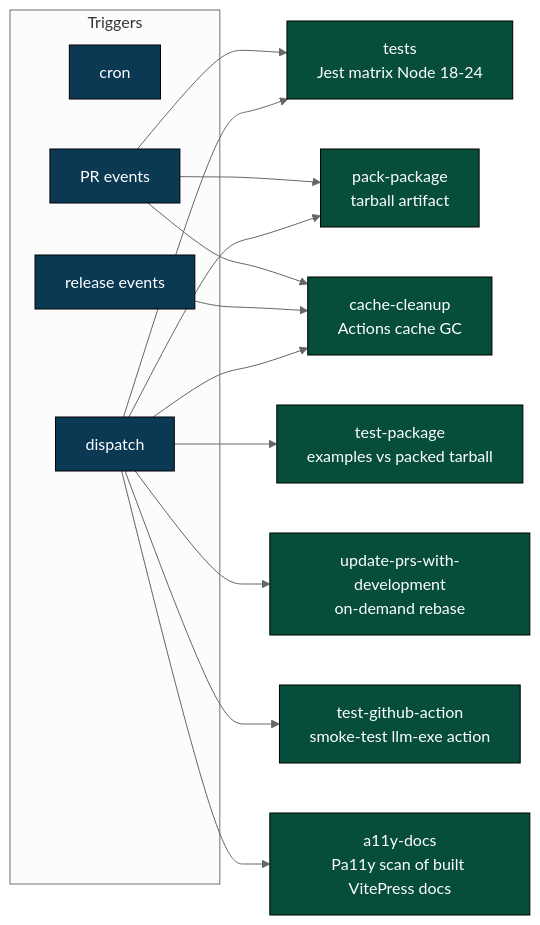
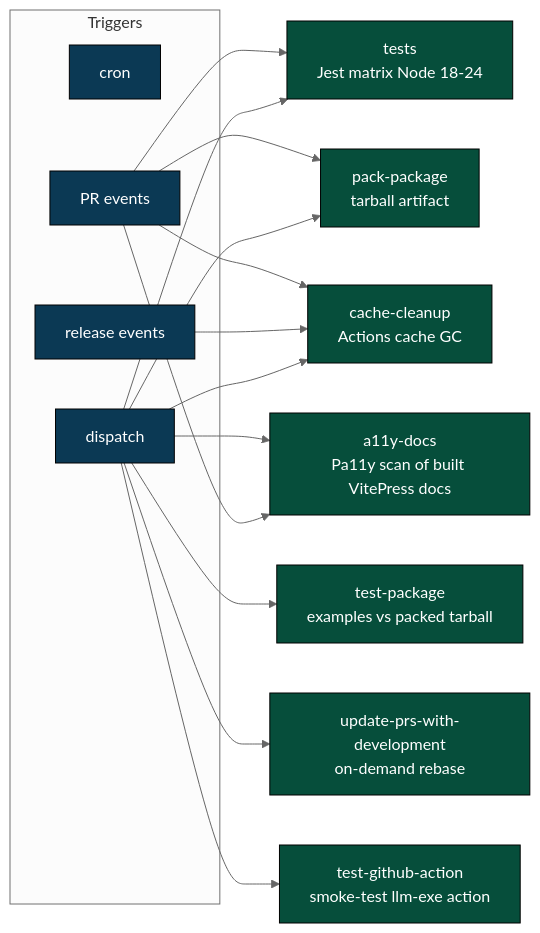
The fourth of 16 diagrams in .github/docs/WORKFLOW_ARCHITECTURE.md (llm-exe/llm-exe), drawn with Mermaid (neutral theme) before and after one commit. The commit also changed other lines of this file and 3 other files, not shown here.

````diff
--- a/.github/docs/WORKFLOW_ARCHITECTURE.md
+++ b/.github/docs/WORKFLOW_ARCHITECTURE.md
@@ -142,32 +142,33 @@
 ```mermaid
 flowchart LR
     classDef trig fill:#0b3954,color:#fff,stroke:#000
     classDef job fill:#064e3b,color:#fff,stroke:#000
 
     subgraph T["Triggers"]
         c[cron]:::trig
         p[PR events]:::trig
         r[release events]:::trig
         d[dispatch]:::trig
     end
 
     T1["tests<br/>Jest matrix Node 18-24"]:::job
     T2["test-package<br/>examples vs packed tarball"]:::job
     T3["pack-package<br/>tarball artifact"]:::job
     T4["cache-cleanup<br/>Actions cache GC"]:::job
     T5["update-prs-with-development<br/>on-demand rebase"]:::job
     T6["test-github-action<br/>smoke-test llm-exe action"]:::job
     T7["a11y-docs<br/>Pa11y scan of built VitePress docs"]:::job
 
     p --> T1
     p --> T3
     p --> T4
     r --> T4
     d --> T2
     d --> T1
     d --> T3
     d --> T4
     d --> T5
     d --> T6
     d --> T7
+    p --> T7
 ```
````
